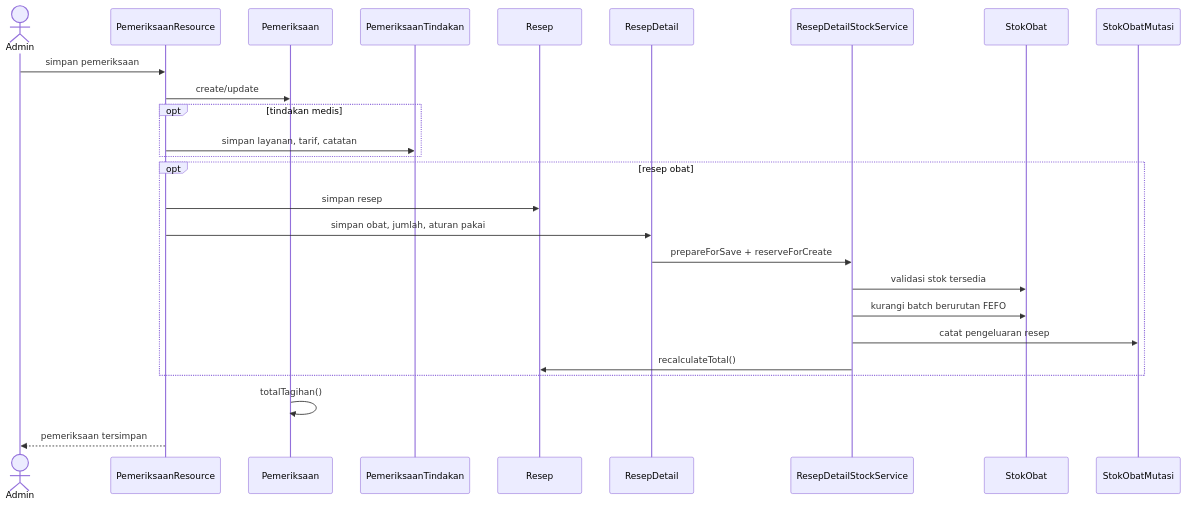
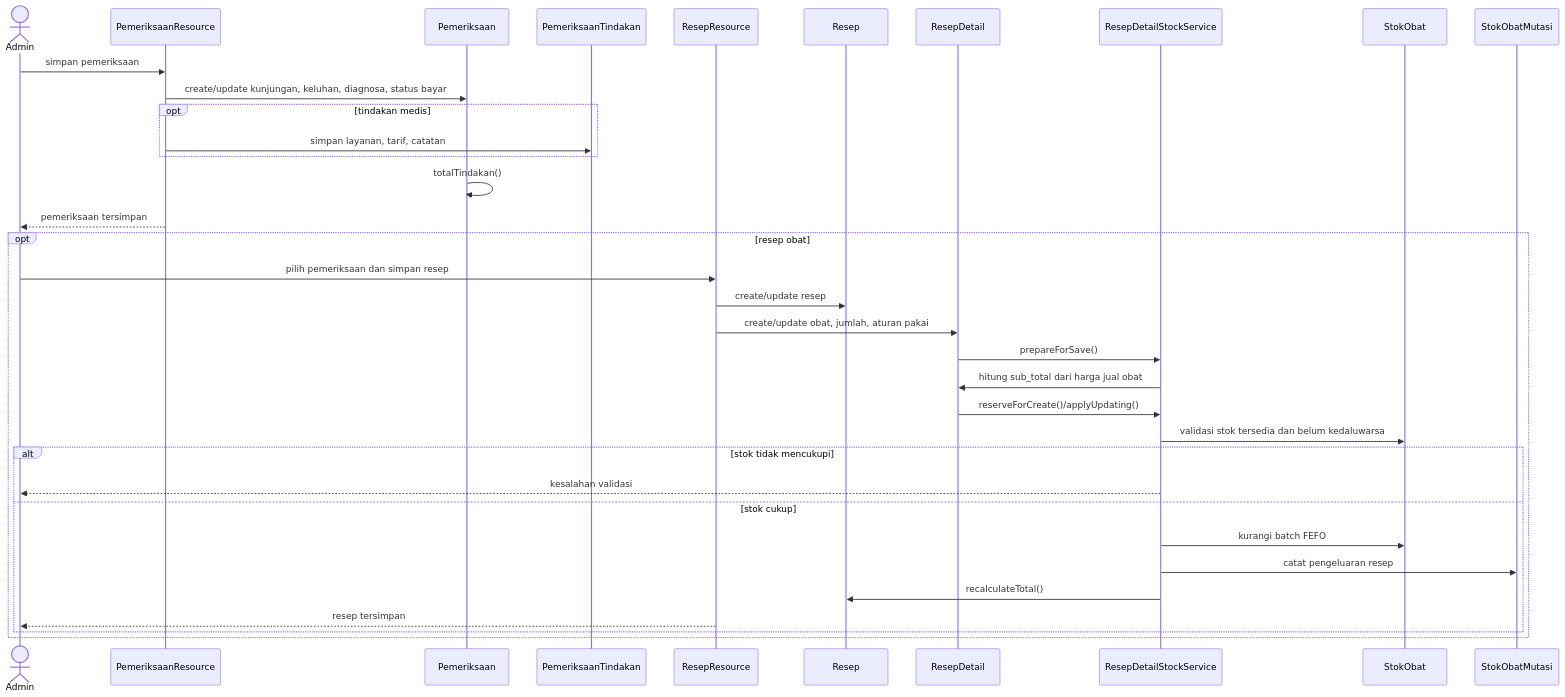
The fourth of 7 diagrams in dokumentasi/spesifikasi-proyek/sequence-diagrams.md (Faathir81/Sistem-Informasi-Klinik), drawn with Mermaid before and after one commit. The commit also changed other lines of this file and 4 other files, not shown here.

Commit message:
docs: align activity and sequence diagrams with implementation

````diff
--- a/dokumentasi/spesifikasi-proyek/sequence-diagrams.md
+++ b/dokumentasi/spesifikasi-proyek/sequence-diagrams.md
@@ -107,29 +109,39 @@
 ```mermaid
 sequenceDiagram
     actor Admin
-    participant Resource as PemeriksaanResource
+    participant PemeriksaanResource
     participant Pemeriksaan
     participant Tindakan as PemeriksaanTindakan
+    participant ResepResource
     participant Resep
     participant Detail as ResepDetail
     participant Stock as ResepDetailStockService
     participant Stok as StokObat
     participant Mutasi as StokObatMutasi
 
-    Admin->>Resource: simpan pemeriksaan
-    Resource->>Pemeriksaan: create/update
+    Admin->>PemeriksaanResource: simpan pemeriksaan
+    PemeriksaanResource->>Pemeriksaan: create/update kunjungan, keluhan, diagnosa, status bayar
     opt tindakan medis
-        Resource->>Tindakan: simpan layanan, tarif, catatan
+        PemeriksaanResource->>Tindakan: simpan layanan, tarif, catatan
     end
+    Pemeriksaan->>Pemeriksaan: totalTindakan()
+    PemeriksaanResource-->>Admin: pemeriksaan tersimpan
+
     opt resep obat
-        Resource->>Resep: simpan resep
-        Resource->>Detail: simpan obat, jumlah, aturan pakai
-        Detail->>Stock: prepareForSave + reserveForCreate
-        Stock->>Stok: validasi stok tersedia
-        Stock->>Stok: kurangi batch berurutan FEFO
-        Stock->>Mutasi: catat pengeluaran resep
-        Stock->>Resep: recalculateTotal()
+        Admin->>ResepResource: pilih pemeriksaan dan simpan resep
+        ResepResource->>Resep: create/update resep
+        ResepResource->>Detail: create/update obat, jumlah, aturan pakai
+        Detail->>Stock: prepareForSave()
+        Stock->>Detail: hitung sub_total dari harga jual obat
+        Detail->>Stock: reserveForCreate()/applyUpdating()
+        Stock->>Stok: validasi stok tersedia dan belum kedaluwarsa
+        alt stok tidak mencukupi
+            Stock-->>Admin: kesalahan validasi
+        else stok cukup
+            Stock->>Stok: kurangi batch FEFO
+            Stock->>Mutasi: catat pengeluaran resep
+            Stock->>Resep: recalculateTotal()
+            ResepResource-->>Admin: resep tersimpan
+        end
     end
-    Pemeriksaan->>Pemeriksaan: totalTagihan()
-    Resource-->>Admin: pemeriksaan tersimpan
 ```
````
